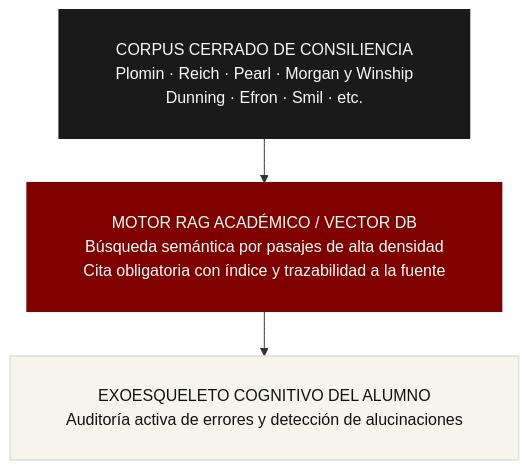
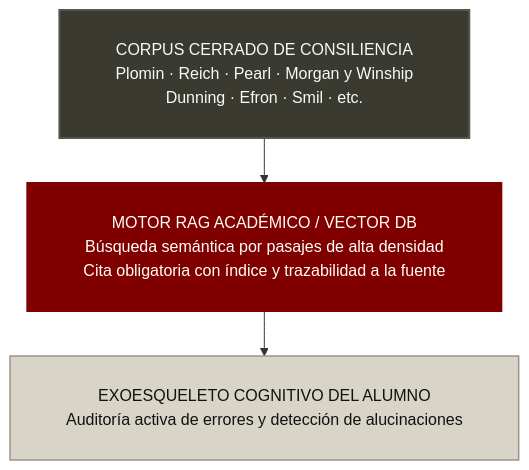
Before and after one commit to danielgccr/nuevasomosaguas: the diagram in politica_ia.qmd, drawn with Mermaid. The commit also changed 8 other files, not shown here.

````diff
--- a/politica_ia.qmd
+++ b/politica_ia.qmd
@@ -66,20 +66,20 @@
 ```{mermaid}
 %%| label: fig-rag
 %%| fig-cap: "Arquitectura RAG de la facultad: del corpus cerrado a la auditoría del alumno."
 
 %%{init: {"flowchart": {"nodeSpacing": 30, "rankSpacing": 45, "padding": 28, "wrappingWidth": 460, "useMaxWidth": true}}}%%
 flowchart TD
     C["CORPUS CERRADO DE CONSILIENCIA<br/>Plomin · Reich · Pearl · Morgan y Winship<br/>Dunning · Efron · Smil · etc."]
     M["MOTOR RAG ACADÉMICO / VECTOR DB<br/>Búsqueda semántica por pasajes de alta densidad<br/>Cita obligatoria con índice y trazabilidad a la fuente"]
     E["EXOESQUELETO COGNITIVO DEL ALUMNO<br/>Auditoría activa de errores y detección de alucinaciones"]
 
     C --> M --> E
 
-    classDef corpus fill:#1a1a1a,stroke:#1a1a1a,stroke-width:2px,color:#f8f9fa
+    classDef corpus fill:#3a3a30,stroke:#57564a,stroke-width:2px,color:#f8f9fa
     classDef motor fill:#800000,stroke:#800000,stroke-width:2px,color:#fffff8
-    classDef alumno fill:#f5f5ee,stroke:#e0e0d8,stroke-width:1.5px,color:#111111
+    classDef alumno fill:#d8d5c8,stroke:#9b9887,stroke-width:1.5px,color:#111111
 
     class C corpus
     class M motor
     class E alumno
 ```
````
